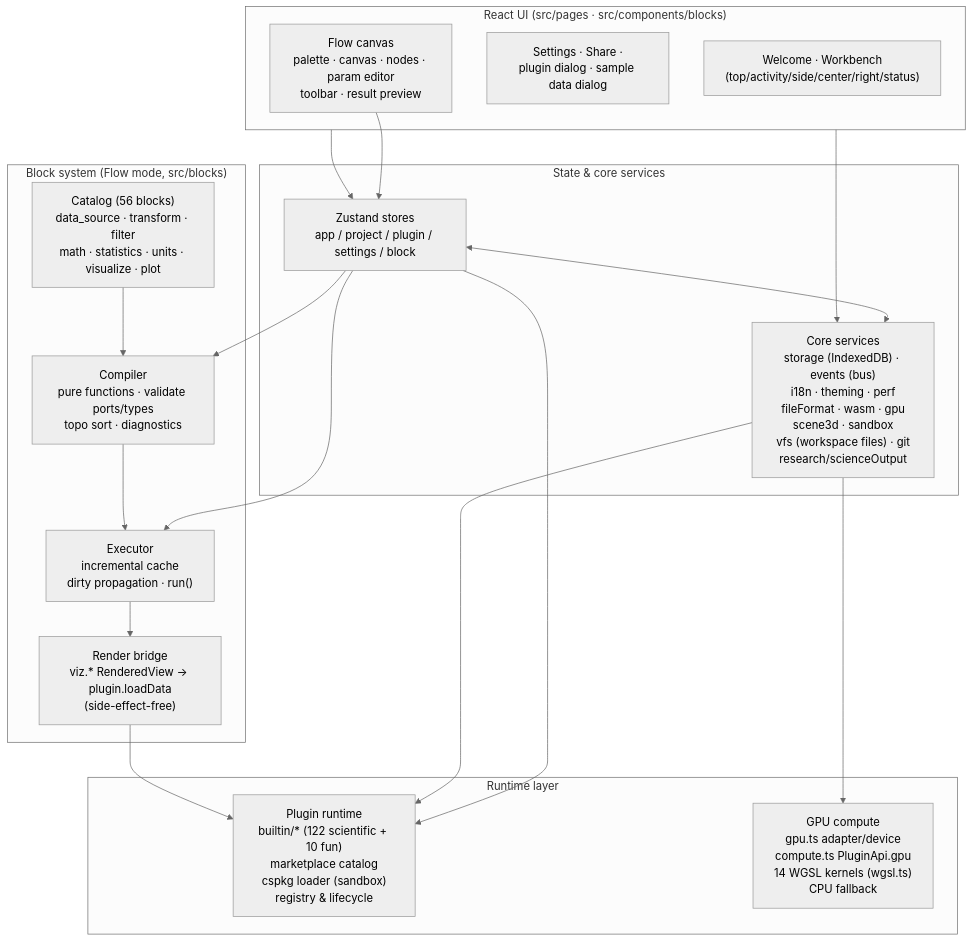
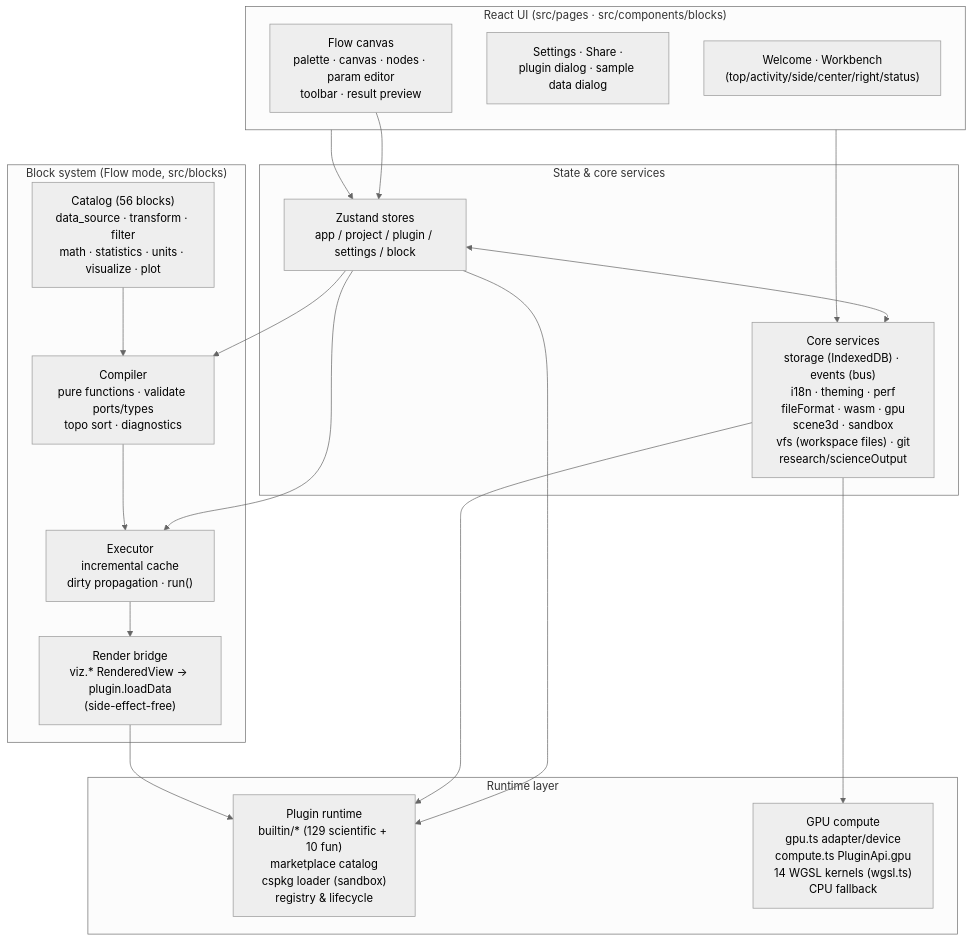
Before and after one commit to SnowLeopard-io/ErgalicsStudio: the diagram in README.md, drawn with Mermaid (neutral theme). The commit also changed other lines of this file and 52 other files, not shown here.

````diff
--- a/README.md
+++ b/README.md
@@ -192,39 +192,39 @@
 ```mermaid
 flowchart TB
     subgraph UI["React UI (src/pages · src/components/blocks)"]
         A1["Welcome · Workbench<br/>(top/activity/side/center/right/status)"]
         A2["Settings · Share ·<br/>plugin dialog · sample data dialog"]
         A3["Flow canvas<br/>palette · canvas · nodes · param editor<br/>toolbar · result preview"]
     end
 
     subgraph State["State & core services"]
         B1["Zustand stores<br/>app / project / plugin / settings / block"]
         B2["Core services<br/>storage (IndexedDB) · events (bus)<br/>i18n · theming · perf<br/>fileFormat · wasm · gpu<br/>scene3d · sandbox<br/>vfs (workspace files) · git<br/>research/scienceOutput"]
     end
 
     subgraph Blocks["Block system (Flow mode, src/blocks)"]
         D1["Catalog (56 blocks)<br/>data_source · transform · filter<br/>math · statistics · units · visualize · plot"]
         D2["Compiler<br/>pure functions · validate ports/types<br/>topo sort · diagnostics"]
         D3["Executor<br/>incremental cache<br/>dirty propagation · run()"]
         D4["Render bridge<br/>viz.* RenderedView → plugin.loadData<br/>(side-effect-free)"]
     end
 
     subgraph Runtime["Runtime layer"]
-        C1["Plugin runtime<br/>builtin/* (122 scientific + 10 fun)<br/>marketplace catalog<br/>cspkg loader (sandbox)<br/>registry & lifecycle"]
+        C1["Plugin runtime<br/>builtin/* (129 scientific + 10 fun)<br/>marketplace catalog<br/>cspkg loader (sandbox)<br/>registry & lifecycle"]
         C2["GPU compute<br/>gpu.ts adapter/device<br/>compute.ts PluginApi.gpu<br/>14 WGSL kernels (wgsl.ts)<br/>CPU fallback"]
     end
 
     UI --> B1
     UI --> B2
     B1 <--> B2
     B1 --> C1
     B2 --> C1
     B2 --> C2
     A3 --> B1
     B1 --> D2
     B1 --> D3
     D2 --> D3
     D1 --> D2
     D3 --> D4
     D4 --> C1
 ```
````
